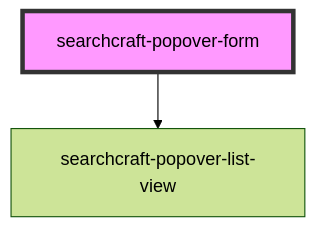
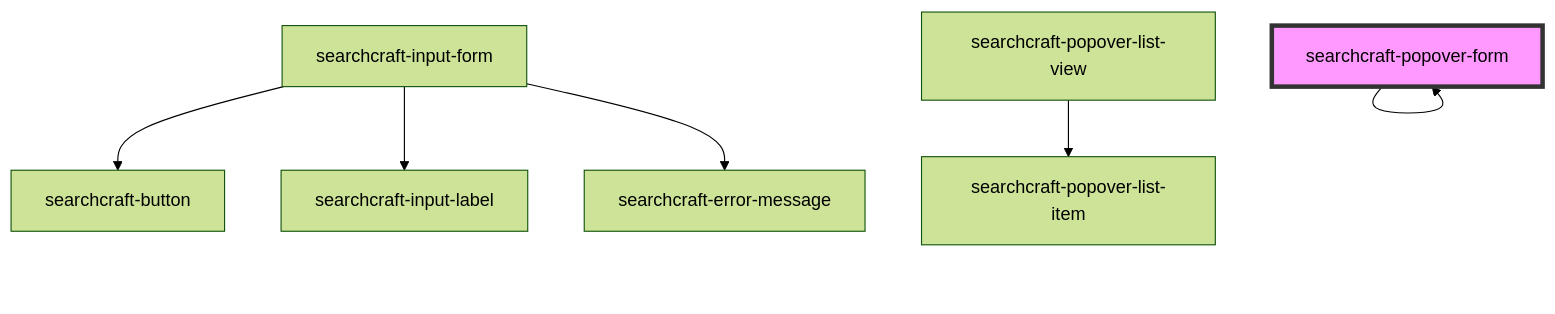
The diagram in packages/javascript-sdk/src/components/searchcraft-popover-form/readme.md (searchcraft-inc/searchcraft-javascript-sdks), drawn with Mermaid (forest theme) before and after one commit. The commit also changed other lines of this file and 43 other files, not shown here.

First line of the commit message:
Adds components, functionality, and layout for searchcraft-popover-form re:SC-554

````diff
--- a/packages/javascript-sdk/src/components/searchcraft-popover-form/readme.md
+++ b/packages/javascript-sdk/src/components/searchcraft-popover-form/readme.md
@@ -54,5 +62,9 @@
 ```mermaid
 graph TD;
-  searchcraft-popover-form --> searchcraft-popover-list-view
+  searchcraft-popover-form --> searchcraft-popover-form
+  searchcraft-input-form --> searchcraft-button
+  searchcraft-input-form --> searchcraft-input-label
+  searchcraft-input-form --> searchcraft-error-message
+  searchcraft-popover-list-view --> searchcraft-popover-list-item
   style searchcraft-popover-form fill:#f9f,stroke:#333,stroke-width:4px
 ```
````
